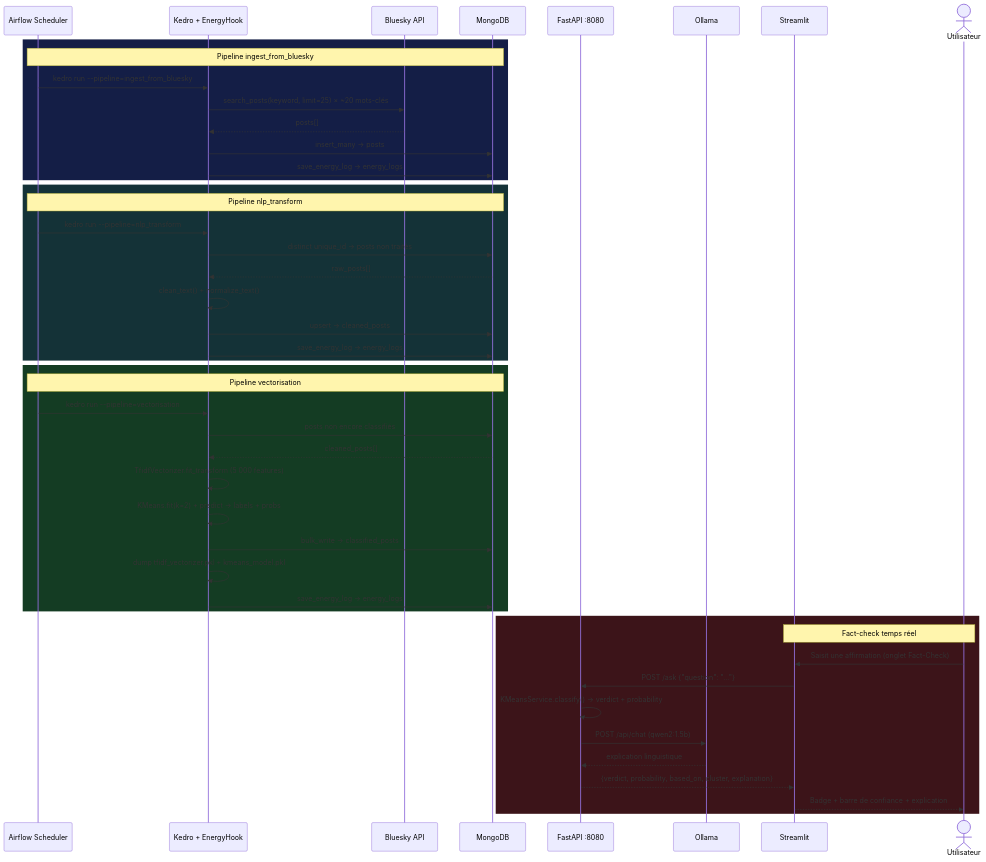
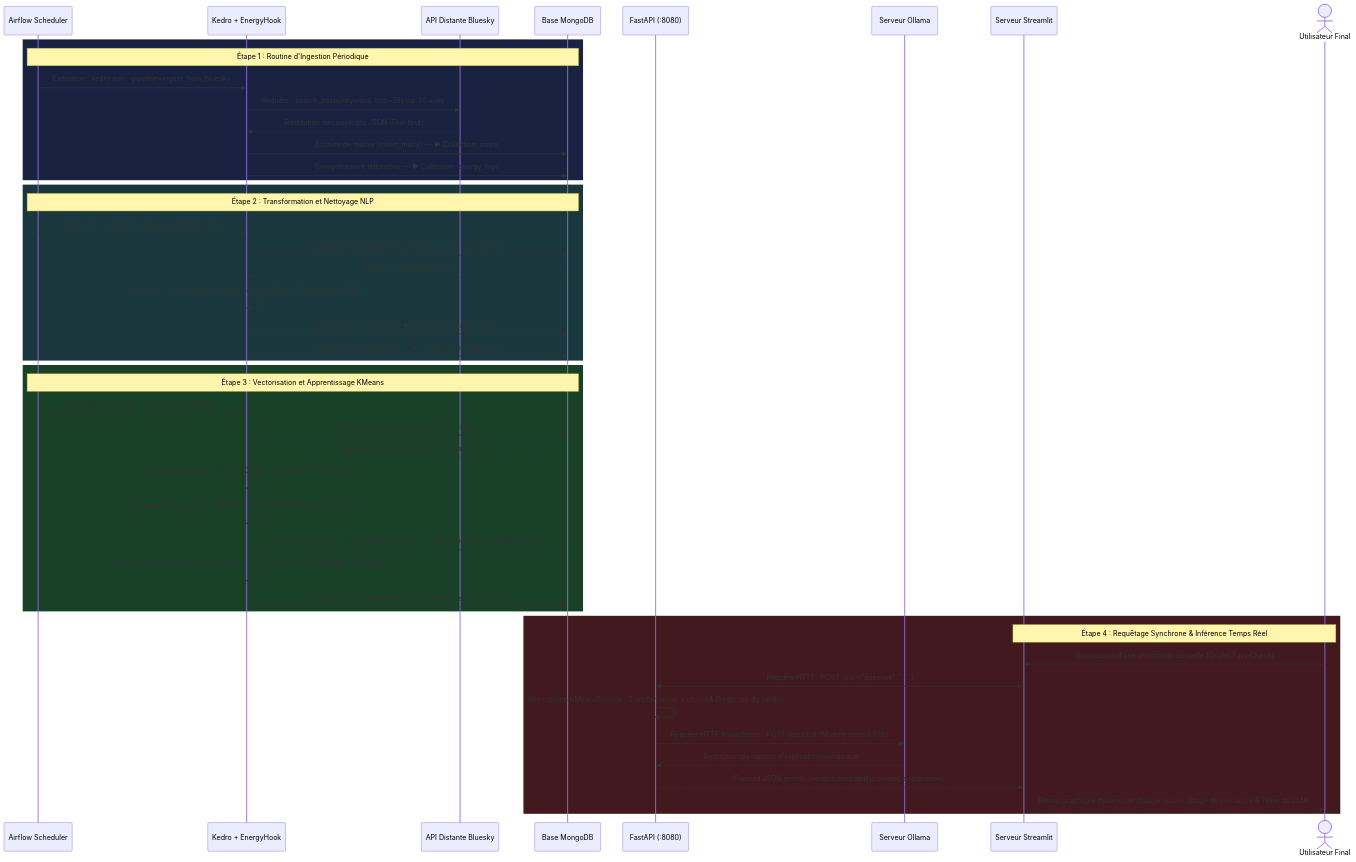
The second of 2 diagrams in DAT.md (Sebastien35/projet_etudes_data), drawn with Mermaid before and after one commit. The commit also changed other lines of this file, not shown here.

````diff
--- a/DAT.md
+++ b/DAT.md
@@ -987,53 +690,54 @@
 ```mermaid
 sequenceDiagram
     participant AF as Airflow Scheduler
     participant KD as Kedro + EnergyHook
-    participant BS as Bluesky API
-    participant MG as MongoDB
-    participant API as FastAPI :8080
-    participant OL as Ollama
-    participant ST as Streamlit
-    actor User as Utilisateur
+    participant BS as API Distante Bluesky
+    participant MG as Base MongoDB
+    participant API as FastAPI (:8080)
+    participant OL as Serveur Ollama
+    participant ST as Serveur Streamlit
+    actor User as Utilisateur Final
 
-    rect rgb(20, 30, 70)
-        Note over AF,MG: Pipeline ingest_from_bluesky
-        AF->>KD: kedro run --pipeline=ingest_from_bluesky
-        KD->>BS: search_posts(keyword, limit=25) × ~20 mots-clés
-        BS-->>KD: posts[]
-        KD->>MG: insert_many → posts
-        KD->>MG: save_energy_log → energy_logs
+    rect rgb(25, 35, 65)
+        Note over AF,MG: Étape 1 : Routine d'Ingestion Périodique
+        AF->>KD: Exécution : kedro run --pipeline=ingest_from_bluesky
+        KD->>BS: Requête : search_posts(keyword, limit=25) sur 20 axes
+        BS-->>KD: Restitution des payloads JSON (Flux brut)
+        KD->>MG: Écriture de masse (insert_many) ──► Collection: posts
+        KD->>MG: Enregistrement télémétrie ──► Collection: energy_logs
     end
 
-    rect rgb(20, 50, 55)
-        Note over AF,MG: Pipeline nlp_transform
-        AF->>KD: kedro run --pipeline=nlp_transform
-        KD->>MG: distinct unique_id → posts non traités
-        MG-->>KD: raw_posts[]
-        KD->>KD: clean_text() + normalize_text()
-        KD->>MG: upsert → cleaned_posts
-        KD->>MG: save_energy_log → energy_logs
+    rect rgb(25, 55, 60)
+        Note over AF,MG: Étape 2 : Transformation et Nettoyage NLP
+        AF->>KD: Exécution : kedro run --pipeline=nlp_transform
+        KD->>MG: Requête différentielle (Omission des unique_id existants)
+        MG-->>KD: Extraction des textes bruts
+        KD->>KD: Processus : clean_text() + normalize_text() (Regex, Ponctuation, ASCII)
+        KD->>MG: Persistance par Upsert ──► Collection: cleaned_posts
+        KD->>MG: Enregistrement télémétrie ──► Collection: energy_logs
     end
 
-    rect rgb(20, 60, 35)
-        Note over AF,MG: Pipeline vectorisation
-        AF->>KD: kedro run --pipeline=vectorisation
-        KD->>MG: posts non encore classifiés
-        MG-->>KD: cleaned_posts[]
-        KD->>KD: TfidfVectorizer.fit_transform (5 000 features)
-        KD->>KD: KMeans.fit(k=2) + predict → labels + probs
-        KD->>MG: bulk_write → classified_posts
-        KD->>KD: dump tfidf_vectorizer.pkl + kmeans_model.pkl
-        KD->>MG: save_energy_log → energy_logs
+    rect rgb(25, 65, 40)
+        Note over AF,MG: Étape 3 : Vectorisation et Apprentissage KMeans
+        AF->>KD: Exécution : kedro run --pipeline=vectorisation
+        KD->>MG: Extraction des textes nettoyés non traités
+        MG-->>KD: Restitution du corpus textuel normalisé
+        KD->>KD: Transformation matricielle TF-IDF (Extraction de 5000 features)
+        KD->>KD: Inférence non supervisée KMeans (k=2) ──► Calcul du ratio de distances
+        KD->>MG: Écriture transactionnelle groupée (bulk_write) ──► Collection: classified_posts
+        KD->>KD: Export physique des artefacts sérialisés : tfidf_vectorizer.pkl / kmeans_model.pkl
+        KD->>MG: Enregistrement télémétrie ──► Collection: energy_logs
     end
 
-    rect rgb(60, 20, 25)
-        Note over User,ST: Fact-check temps réel
-        User->>ST: Saisit une affirmation (onglet Fact-Check)
-        ST->>API: POST /ask {"question": "..."}
-        API->>API: KMeansService.classify() → verdict + probability
-        API->>OL: POST /api/chat (qwen2:1.5b)
-        OL-->>API: explication linguistique
-        API-->>ST: {verdict, probability, based_on, cluster, explanation}
-        ST-->>User: Badge + barre de confiance + explication
+    rect rgb(65, 25, 30)
+        Note over User,ST: Étape 4 : Requêtage Synchrone & Inférence Temps Réel
+        User->>ST: Soumission d'une affirmation textuelle (Onglet Fact-Check)
+        ST->>API: Requête HTTP : POST /ask {"question": "..."}
+        API->>API: Interception KMeansService : Transformation à chaud & Prédiction du verdict
+        API->>OL: Requête HTTP Asynchrone : POST /api/chat (Modèle qwen2:1.5b)
+        OL-->>API: Restitution du rapport d'explication syntaxique
+        API-->>ST: Payload JSON enrichi {verdict, probability, cluster, explanation}
+        ST-->>User: Rendu graphique dynamique (Badge coloré, Jauge de confiance & Texte du LLM)
     end
+
 ```
````
